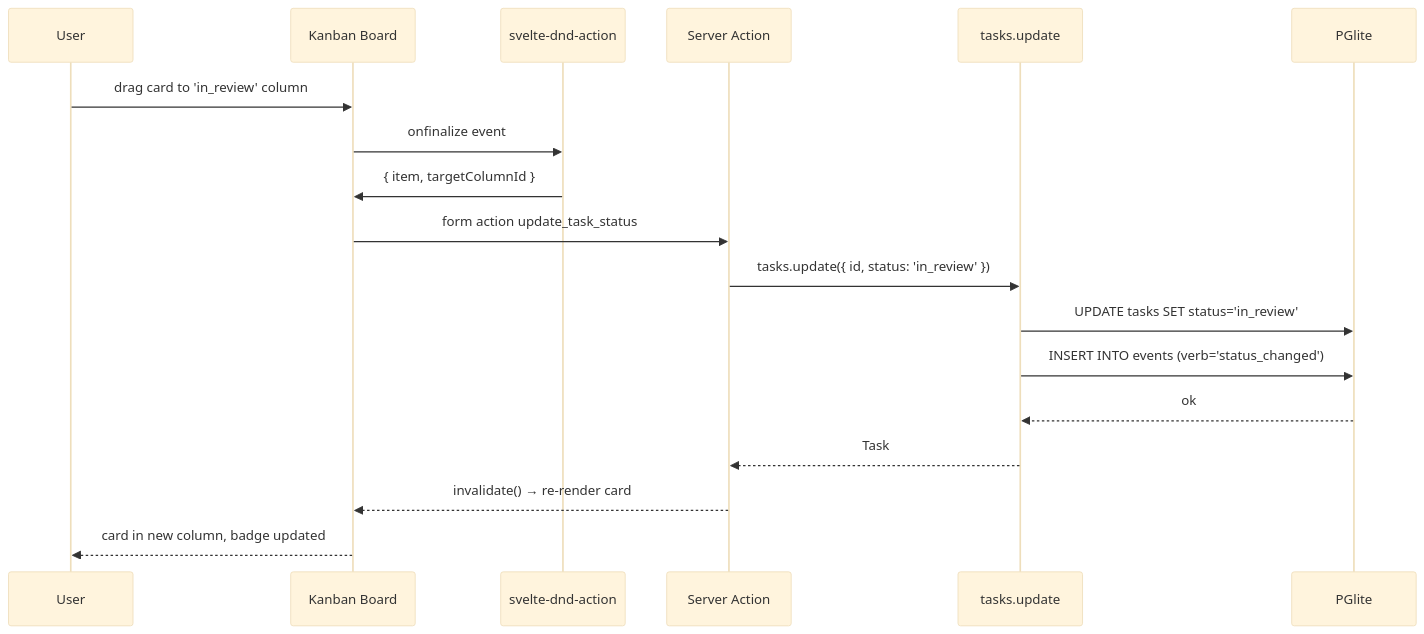
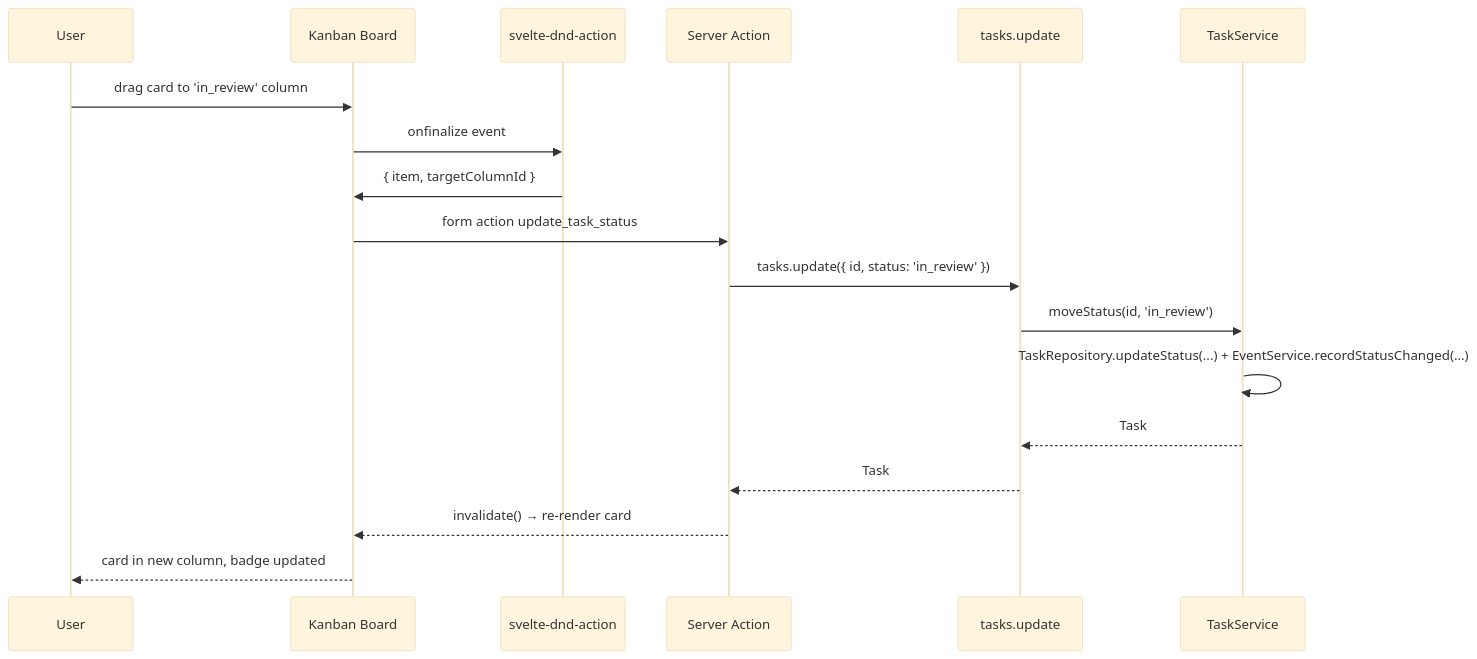
One commit to moabualruz/fulcrum changed the second of 4 diagrams in .scratch/agent-os-vision/prds/16-web-shell-rebuild.md. Above: the diagram before and after it, drawn with Mermaid (base theme). The commit also changed other lines of this file and 20 other files, not shown here.

````diff
--- a/.scratch/agent-os-vision/prds/16-web-shell-rebuild.md
+++ b/.scratch/agent-os-vision/prds/16-web-shell-rebuild.md
@@ -290,21 +300,21 @@
 ```mermaid
 sequenceDiagram
     participant User
     participant Board as Kanban Board
     participant DnD as svelte-dnd-action
     participant SA as Server Action
     participant tRPC as tasks.update
-    participant DB as PGlite
+    participant SVC as TaskService
 
     User->>Board: drag card to 'in_review' column
     Board->>DnD: onfinalize event
     DnD->>Board: { item, targetColumnId }
     Board->>SA: form action update_task_status
     SA->>tRPC: tasks.update({ id, status: 'in_review' })
-    tRPC->>DB: UPDATE tasks SET status='in_review'
-    tRPC->>DB: INSERT INTO events (verb='status_changed')
-    DB-->>tRPC: ok
+    tRPC->>SVC: moveStatus(id, 'in_review')
+    SVC->>SVC: TaskRepository.updateStatus(...) + EventService.recordStatusChanged(...)
+    SVC-->>tRPC: Task
     tRPC-->>SA: Task
     SA-->>Board: invalidate() → re-render card
     Board-->>User: card in new column, badge updated
 ```
````
